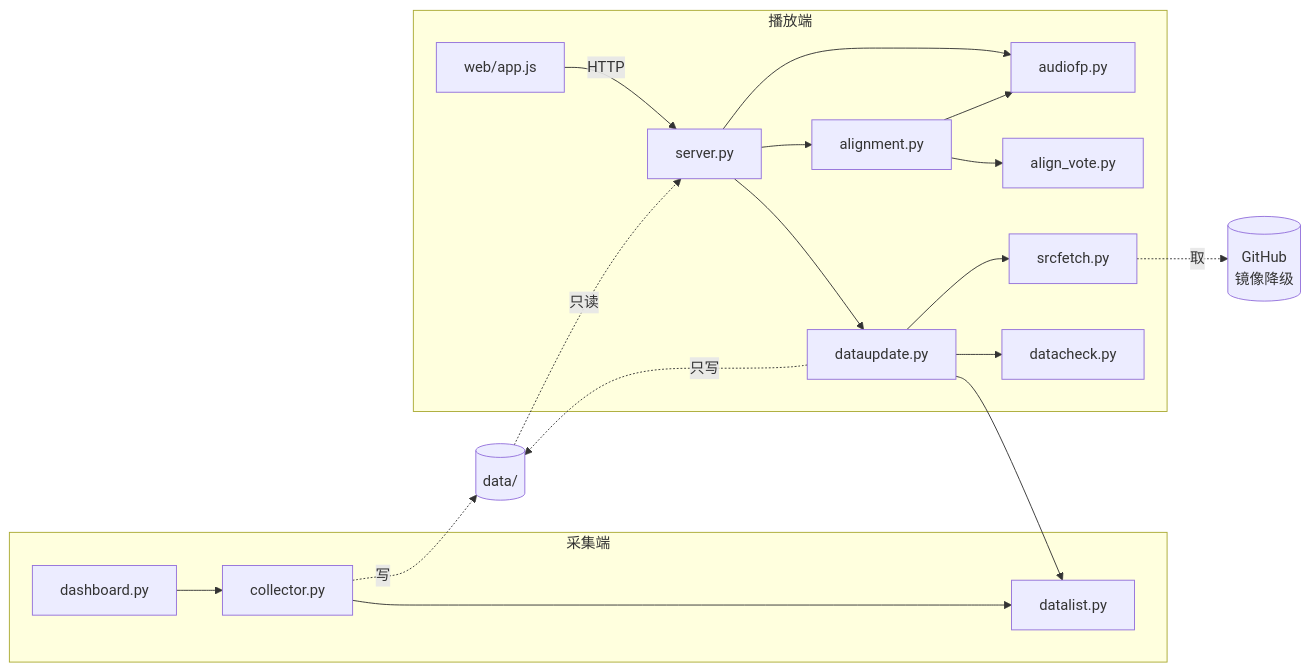
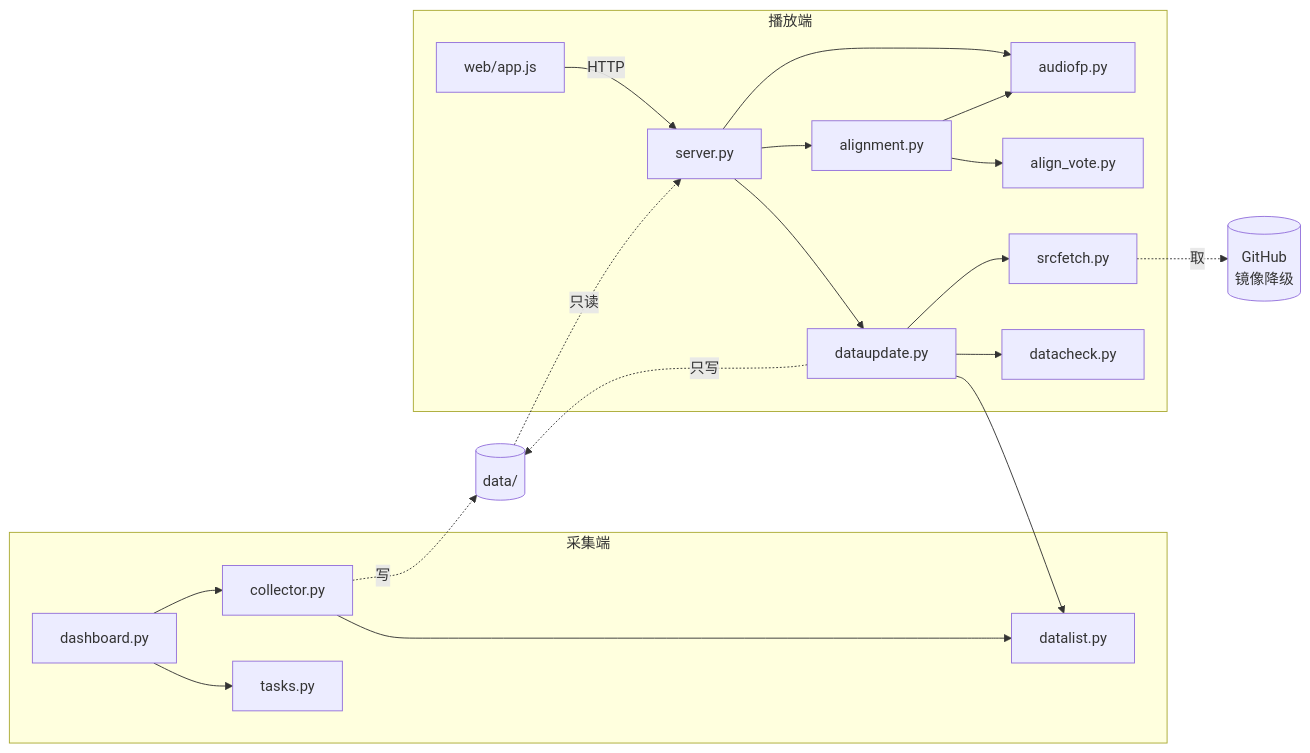
Before and after one commit to root9701/danmaku-timewarp: the first of 3 diagrams in 架构总览.md, drawn with Mermaid. The commit also changed other lines of this file and 4 other files, not shown here.

````diff
--- a/架构总览.md
+++ b/架构总览.md
@@ -34,22 +35,23 @@
 ```mermaid
 flowchart LR
   subgraph 采集端
     D[dashboard.py] --> C[collector.py]
+    D --> T[tasks.py]
     C --> L[live_audiofp.py]
   end
   subgraph 播放端
     S[server.py] --> AL[alignment.py]
     S --> A[audiofp.py]
     AL --> A
     AL --> V[align_vote.py]
     S --> U[dataupdate.py]
     U --> L[datalist.py]
     U --> F[srcfetch.py]
     U --> K[datacheck.py]
     W[web/app.js] -->|HTTP| S
   end
   C -.写.-> FS[(data/)]
   FS -.只读.-> S
   U -.只写.-> FS
   F -.取.-> GH[(GitHub<br/>镜像降级)]
 ```
````
